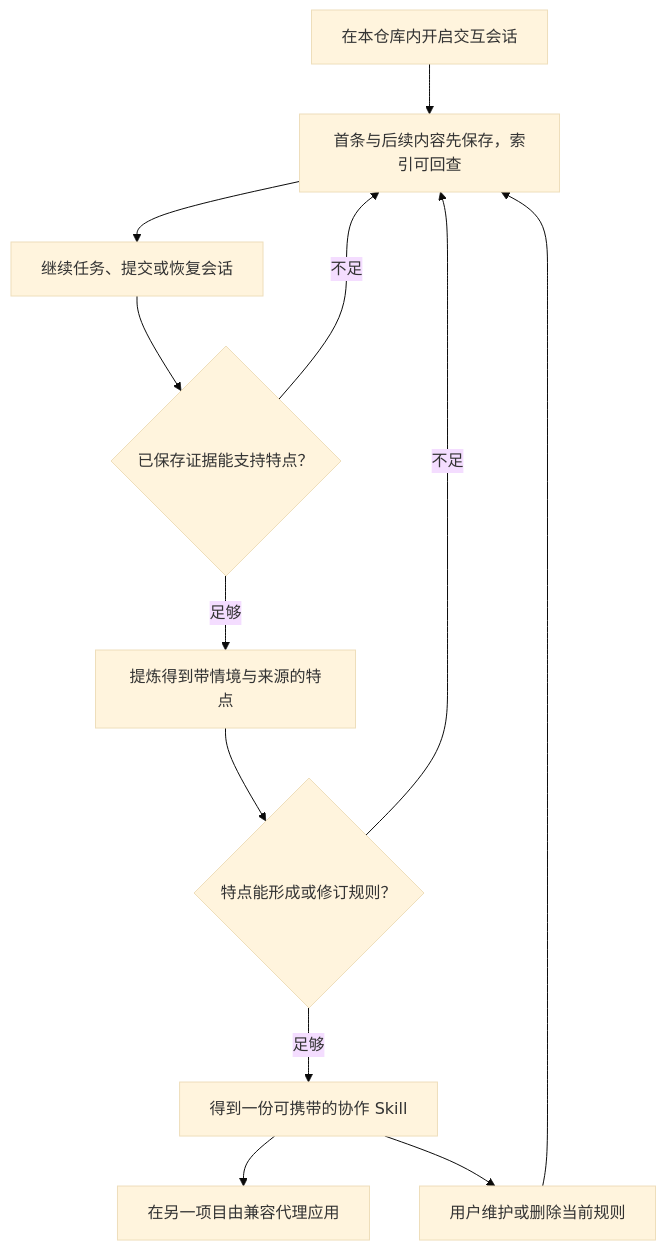
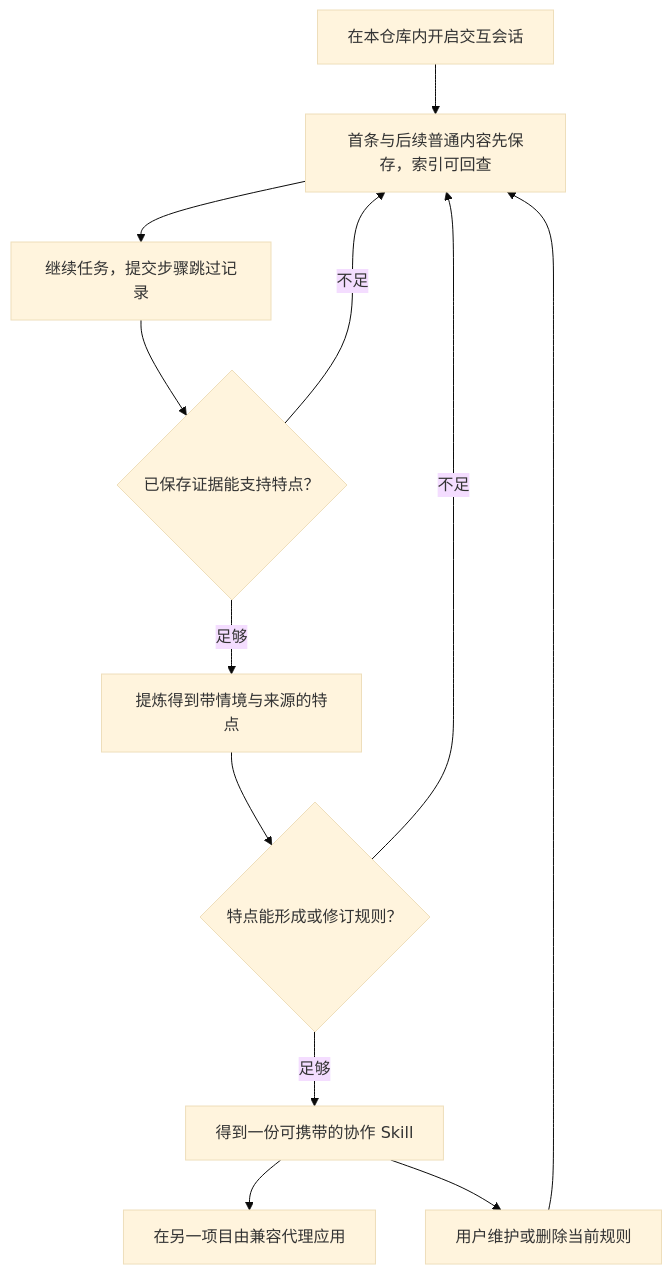
Before and after one commit to Ena-Heleneto/agent-foundry: the first of 2 diagrams in specs/skills/002-conversation-to-skill/analysis/spec-analysis/README.md, drawn with Mermaid (base theme). The commit also changed other lines of this file and 57 other files, not shown here.

````diff
--- a/specs/skills/002-conversation-to-skill/analysis/spec-analysis/README.md
+++ b/specs/skills/002-conversation-to-skill/analysis/spec-analysis/README.md
@@ -63,14 +65,14 @@
 ```mermaid
 flowchart TD
-    A["在本仓库内开启交互会话"] --> B["首条与后续内容先保存，索引可回查"]
-    B --> C["继续任务、提交或恢复会话"]
+    A["在本仓库内开启交互会话"] --> B["首条与后续普通内容先保存，索引可回查"]
+    B --> C["继续任务，提交步骤跳过记录"]
     C --> D{"已保存证据能支持特点？"}
     D -->|不足| B
     D -->|足够| E["提炼得到带情境与来源的特点"]
     E --> F{"特点能形成或修订规则？"}
     F -->|不足| B
     F -->|足够| G["得到一份可携带的协作 Skill"]
     G --> H["在另一项目由兼容代理应用"]
     G --> I["用户维护或删除当前规则"]
     I --> B
 ```
````
